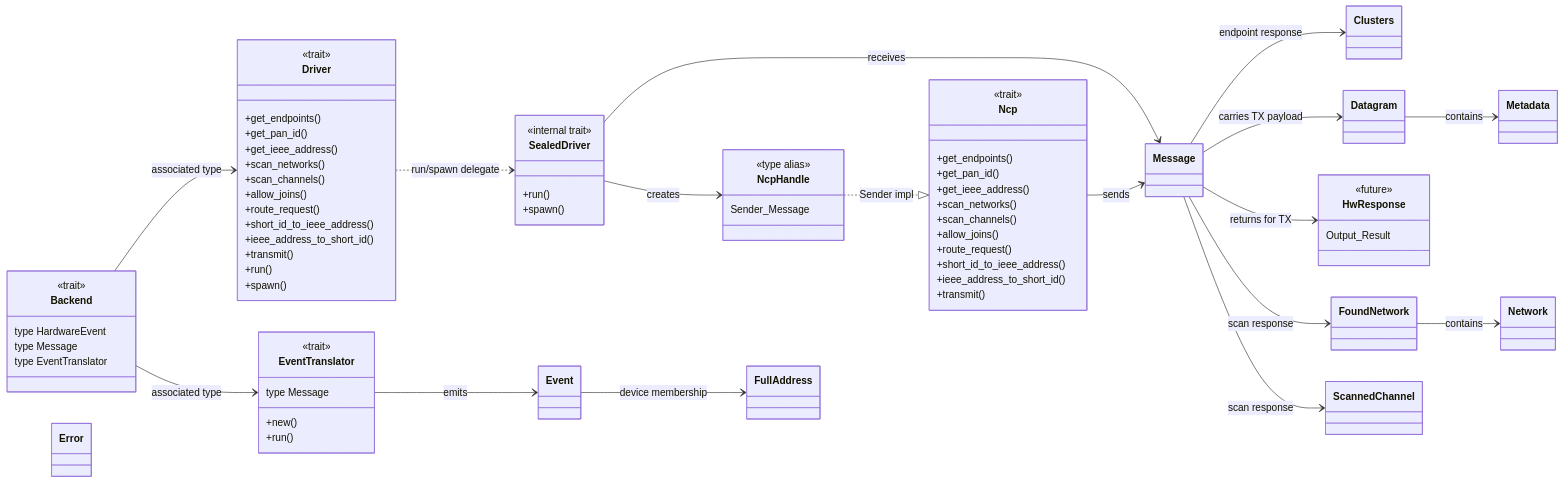
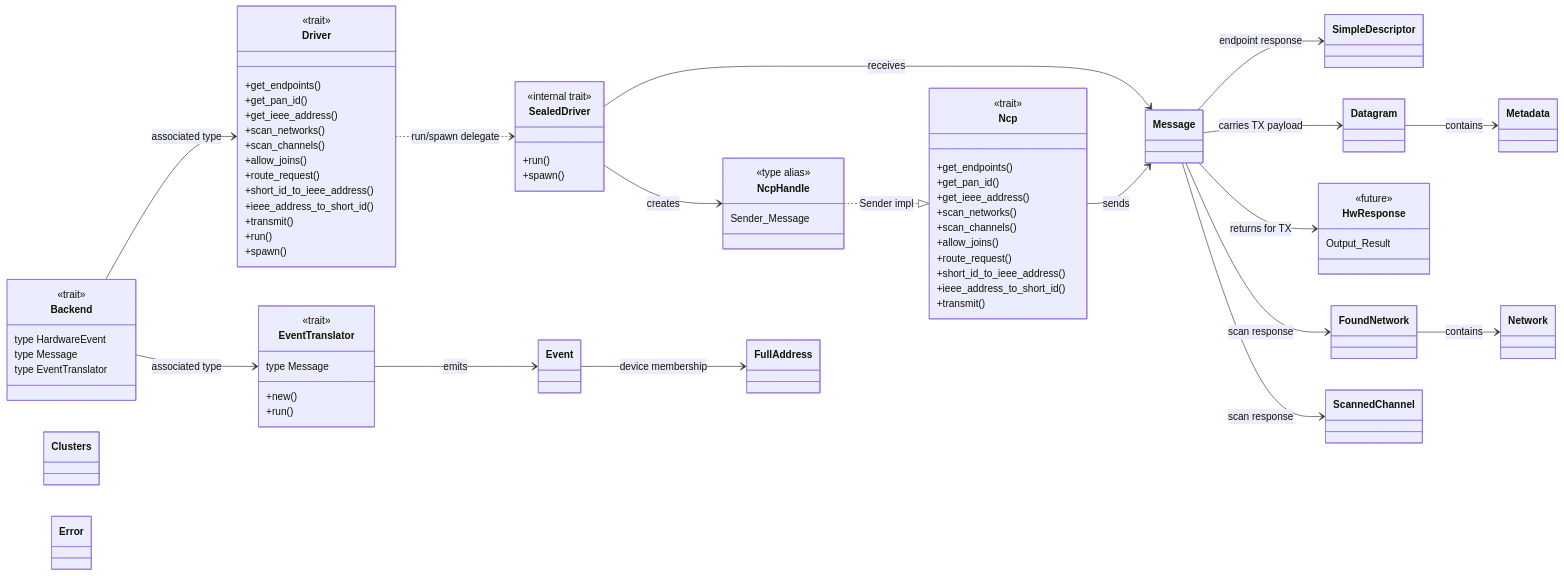
One commit to PaulmannLighting/apis-saltans changed the first of 4 diagrams in hw/ARCHITECTURE.md. Above: the diagram before and after it, drawn with Mermaid. The commit also changed other lines of this file and 15 other files, not shown here.

Commit message:
Update API to let NCP driver provide `SimpleDescriptor` information about its own endpoints.

```diff
--- a/hw/ARCHITECTURE.md
+++ b/hw/ARCHITECTURE.md
@@ -123,6 +127,7 @@
 
     class Message
     class Clusters
+    class SimpleDescriptor
     class Event
     class FullAddress
     class Datagram
@@ -145,7 +150,7 @@
     SealedDriver --> NcpHandle : creates
     NcpHandle ..|> Ncp : Sender<Message> impl
     Ncp --> Message : sends
-    Message --> Clusters : endpoint response
+    Message --> SimpleDescriptor : endpoint response
     Message --> Datagram : carries TX payload
     Message --> HwResponse : returns for TX
     Datagram --> Metadata : contains
```
